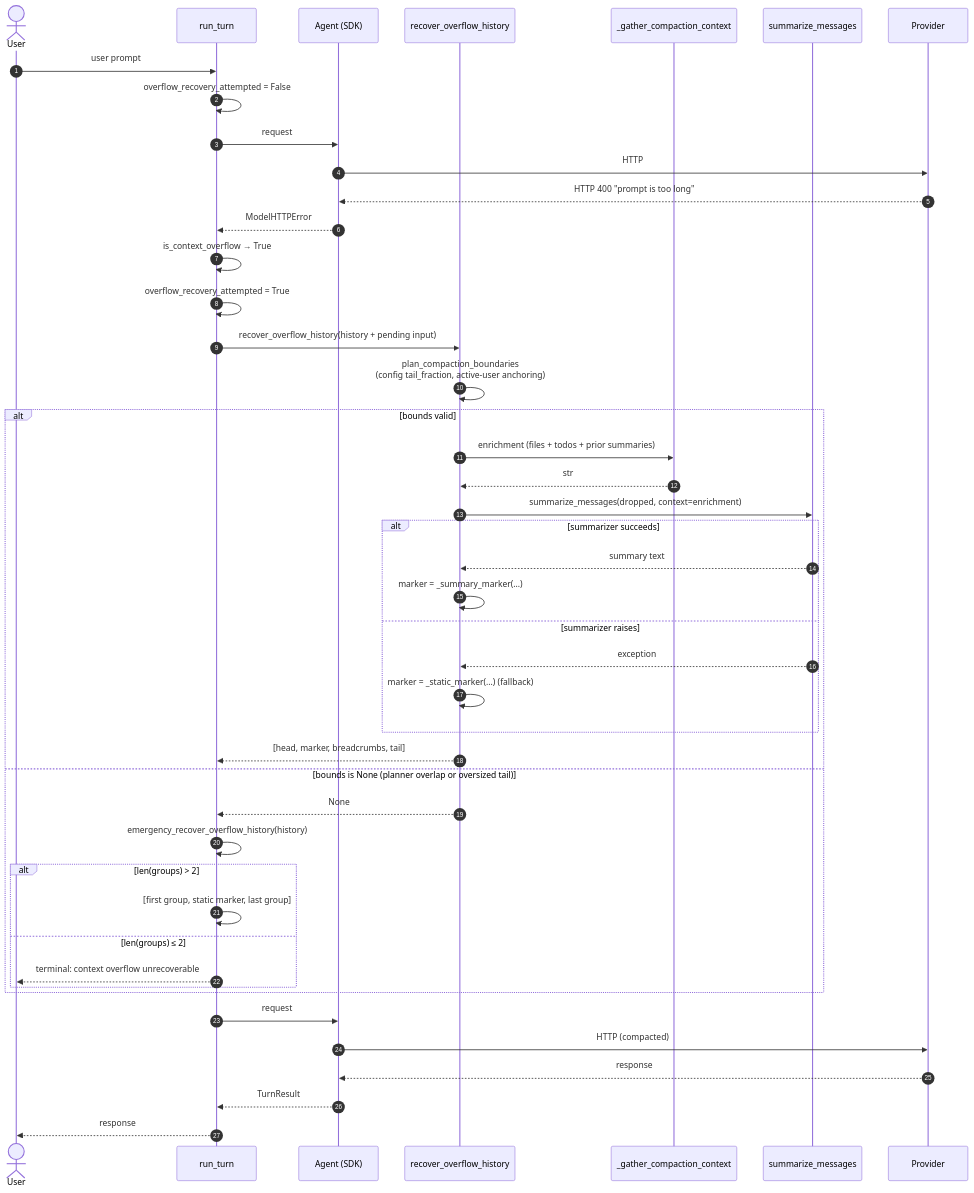
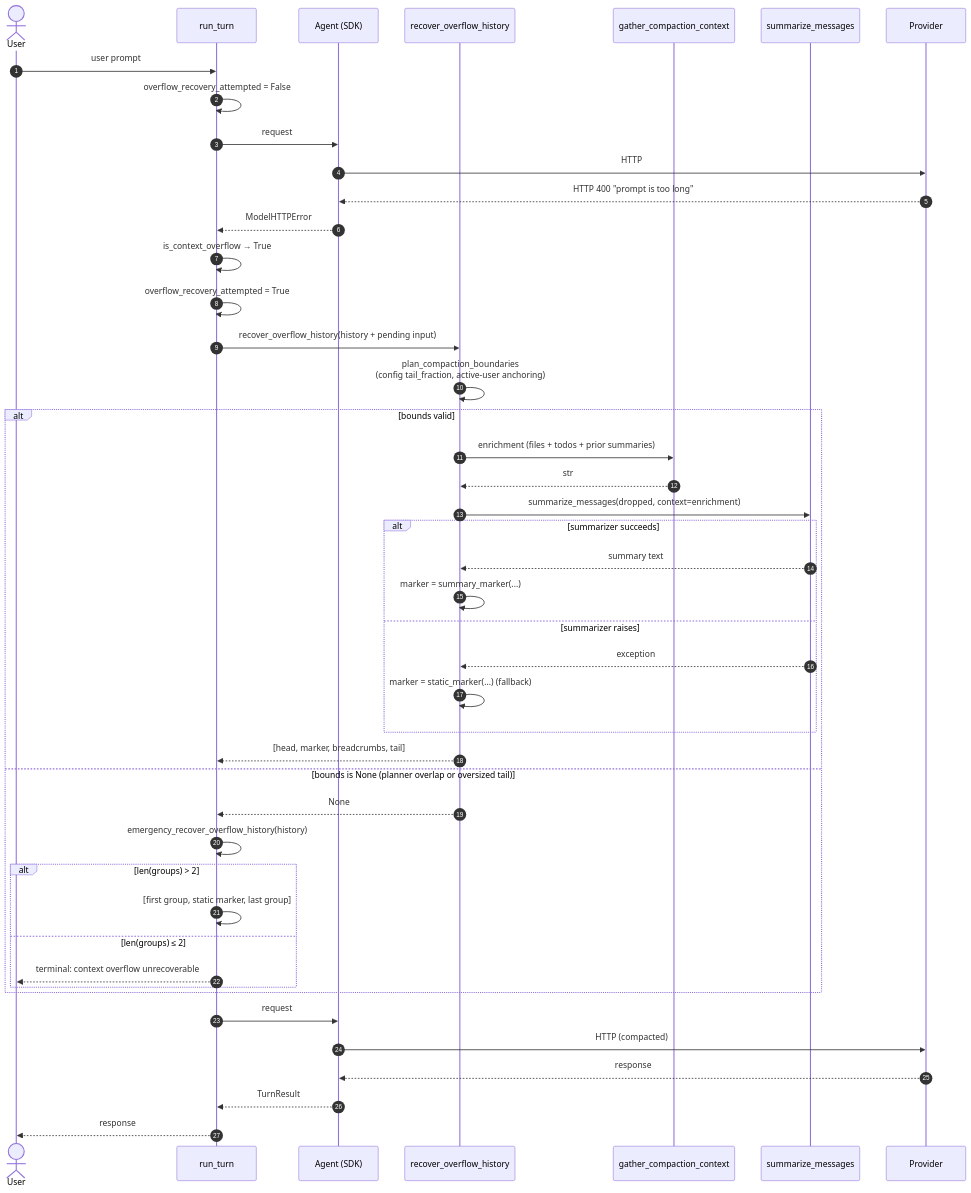
Before and after one commit to binlecode/co-cli: the third of 7 diagrams in docs/specs/compaction.md, drawn with Mermaid. The commit also changed other lines of this file and 27 other files, not shown here.

````diff
--- a/docs/specs/compaction.md
+++ b/docs/specs/compaction.md
@@ -146,48 +146,48 @@
 ```mermaid
 sequenceDiagram
     autonumber
     actor U as User
     participant RT as run_turn
     participant AG as Agent (SDK)
     participant R as recover_overflow_history
-    participant E as _gather_compaction_context
+    participant E as gather_compaction_context
     participant S as summarize_messages
     participant M as Provider
 
     U->>RT: user prompt
     RT->>RT: overflow_recovery_attempted = False
     RT->>AG: request #1
     AG->>M: HTTP
     M-->>AG: HTTP 400 "prompt is too long"
     AG-->>RT: ModelHTTPError
     RT->>RT: is_context_overflow → True
     RT->>RT: overflow_recovery_attempted = True
     RT->>R: recover_overflow_history(history + pending input)
     R->>R: plan_compaction_boundaries<br/>(config tail_fraction, active-user anchoring)
     alt bounds valid
         R->>E: enrichment (files + todos + prior summaries)
         E-->>R: str
         R->>S: summarize_messages(dropped, context=enrichment)
         alt summarizer succeeds
             S-->>R: summary text
-            R->>R: marker = _summary_marker(...)
+            R->>R: marker = summary_marker(...)
         else summarizer raises
             S-->>R: exception
-            R->>R: marker = _static_marker(...) (fallback)
+            R->>R: marker = static_marker(...) (fallback)
         end
         R-->>RT: [head, marker, breadcrumbs, tail]
     else bounds is None (planner overlap or oversized tail)
         R-->>RT: None
         RT->>RT: emergency_recover_overflow_history(history)
         alt len(groups) > 2
             RT->>RT: [first group, static marker, last group]
         else len(groups) ≤ 2
             RT-->>U: terminal: context overflow unrecoverable
         end
     end
     RT->>AG: request #2 (retry)
     AG->>M: HTTP (compacted)
     M-->>AG: response
     AG-->>RT: TurnResult
     RT-->>U: response
 ```
````
